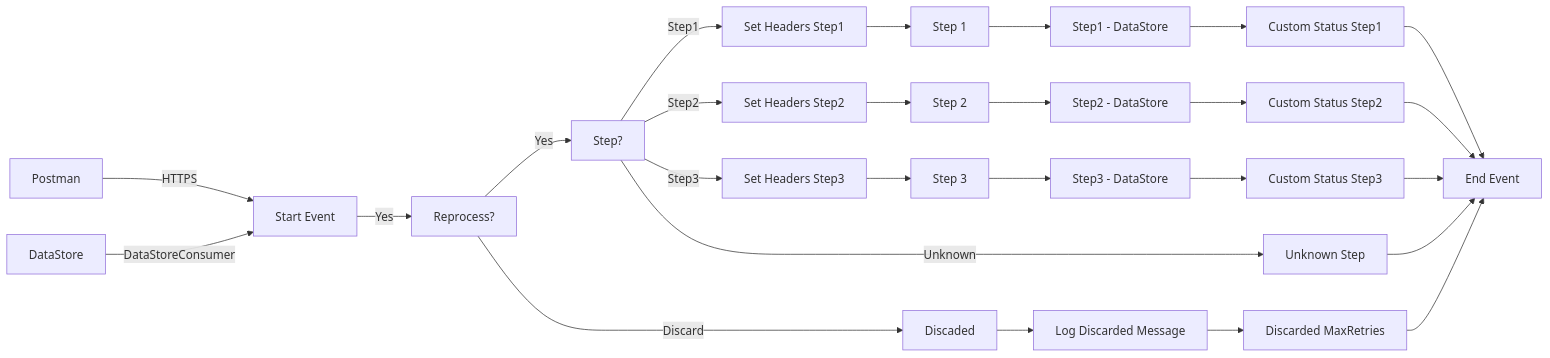
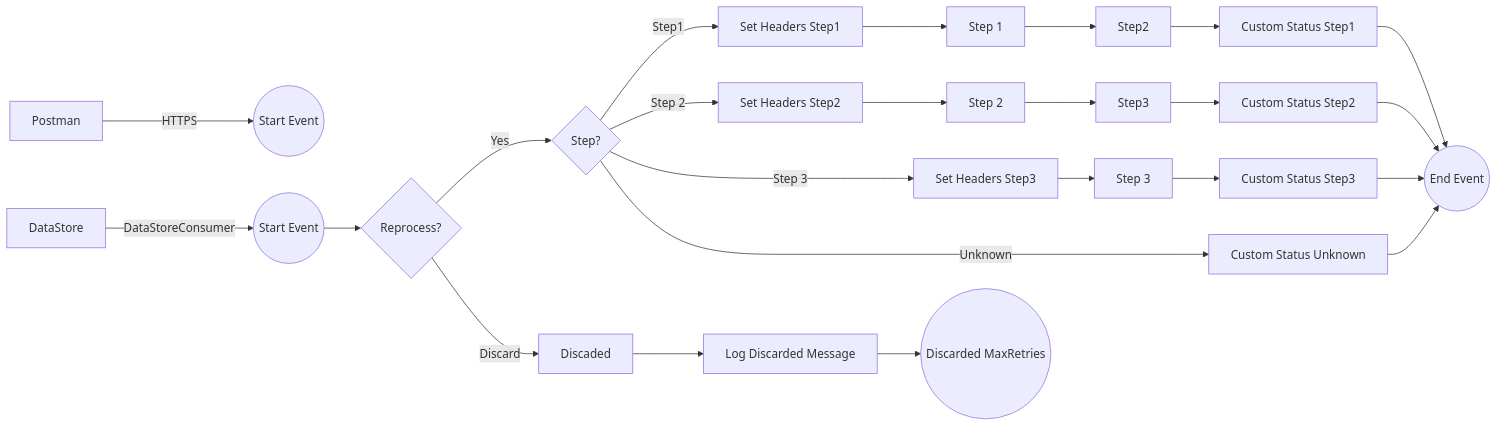
One commit to Avvale-IA-CICD/AvvaleCPI changed the diagram in MMZ - Cell Iflows/SEDA_Model_-_Single_DS_-_Restart_and_Discard_MMZ-1.0.1/readme.md. Above: the diagram before and after it, drawn with Mermaid. The commit also changed other lines of this file, not shown here.

Commit message:
Add/update documentation for SEDA_Model_-_Single_DS_-_Restart_and_Discard_MMZ v1.0.1

````diff
--- a/MMZ - Cell Iflows/SEDA_Model_-_Single_DS_-_Restart_and_Discard_MMZ-1.0.1/readme.md
+++ b/MMZ - Cell Iflows/SEDA_Model_-_Single_DS_-_Restart_and_Discard_MMZ-1.0.1/readme.md
@@ -4,51 +4,55 @@
 ```mermaid
 graph LR
     Postman[Postman]
     DS[DataStore]
-    StartEvent[Start Event]
-    StepCheck[Reprocess?]
-    StepDecision[Step?]
-    Step1SetHeaders[Set Headers Step1]
-    Step2SetHeaders[Set Headers Step2]
-    Step3SetHeaders[Set Headers Step3]
-    Step1[Step 1]
-    Step2[Step 2]
-    Step3[Step 3]
-    Step1Status[Custom Status Step1]
-    Step2Status[Custom Status Step2]
-    Step3Status[Custom Status Step3]
-    Step1DB[Step1 - DataStore]
-    Step2DB[Step2 - DataStore]
-    Step3DB[Step3 - DataStore]
-    Discard[Discaded]
-    LogDiscard[Log Discarded Message]
-    EndDiscard[Discarded MaxRetries]
-    UnknownStep[Unknown Step]
-    EndEvent[End Event]
+    StartEvent_12079784((Start Event))
+    StartEvent_2((Start Event))
+    ExclusiveGateway_9098{Reprocess?}
+    ExclusiveGateway_12{Step?}
+    CallActivity_12079790[Set Headers Step1]
+    CallActivity_12079792[Set Headers Step2]
+    CallActivity_12079794[Set Headers Step3]
+    CallActivity_15[Step 1]
+    CallActivity_18[Step 2]
+    CallActivity_21[Step 3]
+    CallActivity_12079780[Step2]
+    CallActivity_12079781[Step3]
+    CallActivity_9071[Custom Status Step1]
+    CallActivity_9077[Custom Status Step2]
+    CallActivity_9074[Custom Status Step3]
+    CallActivity_20[Custom Status Unknown]
+    CallActivity_9101[Discaded]
+    CallActivity_12079775[Log Discarded Message]
+    EndEvent_2((End Event))
+    EndEvent_9104((Discarded MaxRetries))
 
-    Postman -- HTTPS --> StartEvent
-    DS -- DataStoreConsumer --> StartEvent
-    StartEvent -- Yes --> StepCheck
-    StepCheck -- Discard --> Discard
-    StepCheck -- Yes --> StepDecision
-    StepDecision -- Step1 --> Step1SetHeaders
-    StepDecision -- Step2 --> Step2SetHeaders
-    StepDecision -- Step3 --> Step3SetHeaders
-    Step1SetHeaders --> Step1
-    Step2SetHeaders --> Step2
-    Step3SetHeaders --> Step3
-    Step1 --> Step1DB
-    Step2 --> Step2DB
-    Step3 --> Step3DB
-    Step1DB --> Step1Status
-    Step2DB --> Step2Status
-    Step3DB --> Step3Status
-    Step1Status --> EndEvent
-    Step2Status --> EndEvent
-    Step3Status --> EndEvent
-    StepDecision -- Unknown --> UnknownStep
-    UnknownStep --> EndEvent
-    Discard --> LogDiscard
-    LogDiscard --> EndDiscard
-    EndDiscard --> EndEvent
+    Postman -- HTTPS --> StartEvent_12079784
+    DS -- DataStoreConsumer --> StartEvent_2
+    StartEvent_2 --> ExclusiveGateway_9098
+    ExclusiveGateway_9098 -- Yes --> ExclusiveGateway_12
+    ExclusiveGateway_9098 -- Discard --> CallActivity_9101
+    CallActivity_9101 --> CallActivity_12079775
+    CallActivity_12079775 --> EndEvent_9104
+
+    ExclusiveGateway_12 -- Step1 --> CallActivity_12079790
+    ExclusiveGateway_12 -- Step 2 --> CallActivity_12079792
+    ExclusiveGateway_12 -- Step 3 --> CallActivity_12079794
+    ExclusiveGateway_12 -- Unknown --> CallActivity_20
+    CallActivity_20 --> EndEvent_2
+
+    CallActivity_12079790 --> CallActivity_15
+    CallActivity_12079792 --> CallActivity_18
+    CallActivity_12079794 --> CallActivity_21
+
+    CallActivity_15 --> CallActivity_12079780
+    CallActivity_18 --> CallActivity_12079781
+
+    CallActivity_12079780 --> CallActivity_9071
+    CallActivity_12079781 --> CallActivity_9077
+
+    CallActivity_21 --> CallActivity_9074
+
+    CallActivity_9071 --> EndEvent_2
+    CallActivity_9077 --> EndEvent_2
+    CallActivity_9074 --> EndEvent_2
 ```
````
